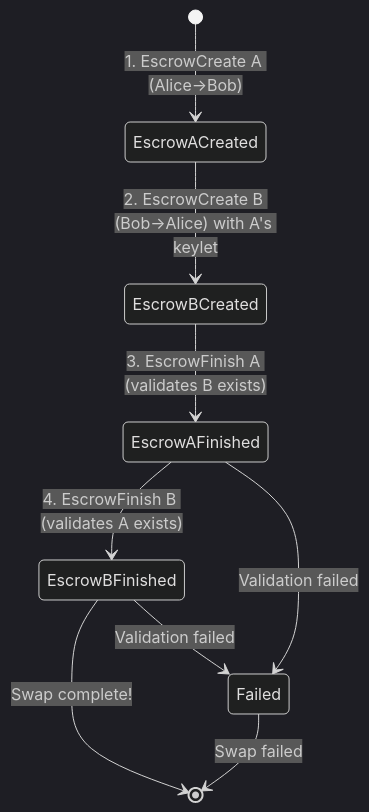
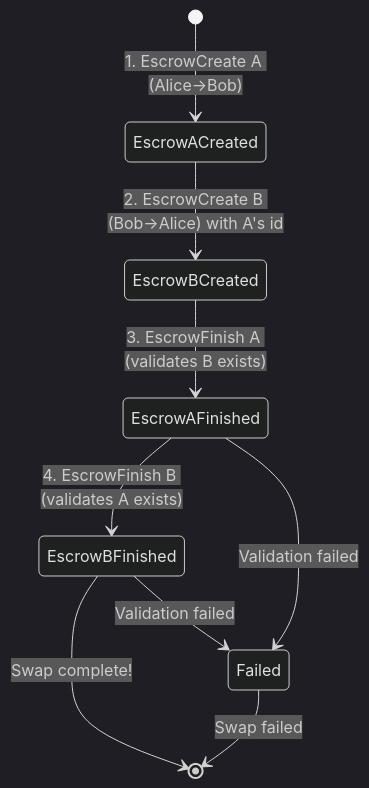
The second of 2 diagrams in examples/smart-escrows/atomic_swap/README.md (ripple/xrpl-wasm-stdlib), drawn with Mermaid (dark theme) before and after one commit. The commit also changed other lines of this file and 56 other files, not shown here.

````diff
--- a/examples/smart-escrows/atomic_swap/README.md
+++ b/examples/smart-escrows/atomic_swap/README.md
@@ -51,12 +51,12 @@
 ```mermaid
 stateDiagram-v2
     [*] --> EscrowACreated: 1. EscrowCreate A (Alice→Bob)
-    EscrowACreated --> EscrowBCreated: 2. EscrowCreate B (Bob→Alice) with A's keylet
+    EscrowACreated --> EscrowBCreated: 2. EscrowCreate B (Bob→Alice) with A's id
     EscrowBCreated --> EscrowAFinished: 3. EscrowFinish A (validates B exists)
     EscrowAFinished --> EscrowBFinished: 4. EscrowFinish B (validates A exists)
     EscrowBFinished --> [*]: Swap complete!
 
     EscrowAFinished --> Failed: Validation failed
     EscrowBFinished --> Failed: Validation failed
     Failed --> [*]: Swap failed
 ```
````
